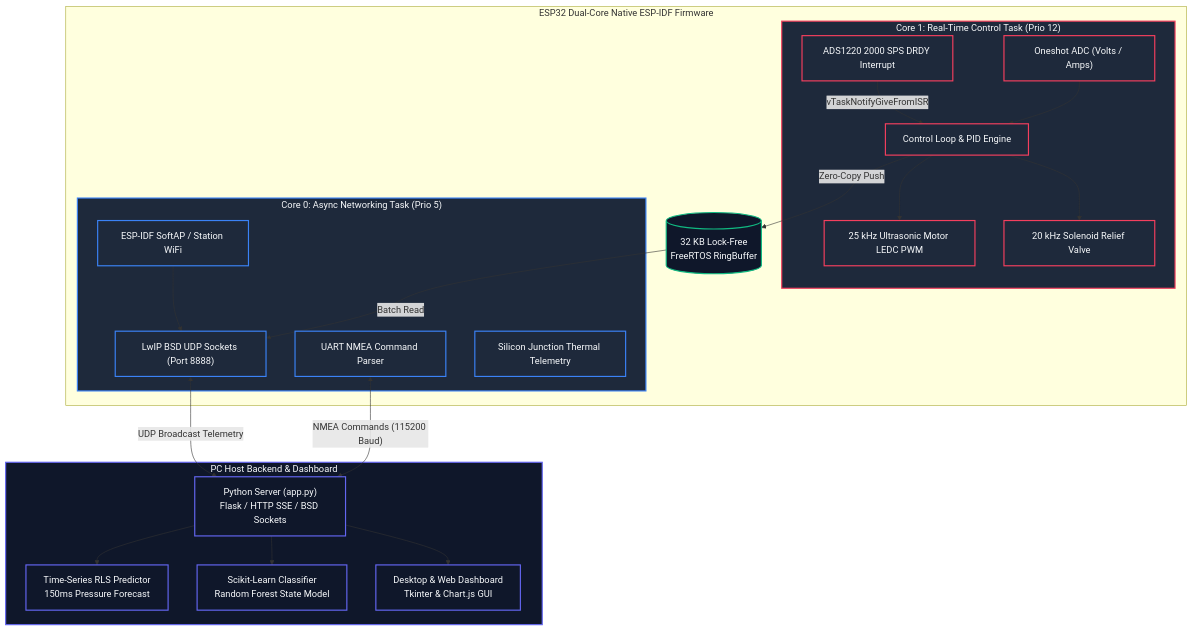
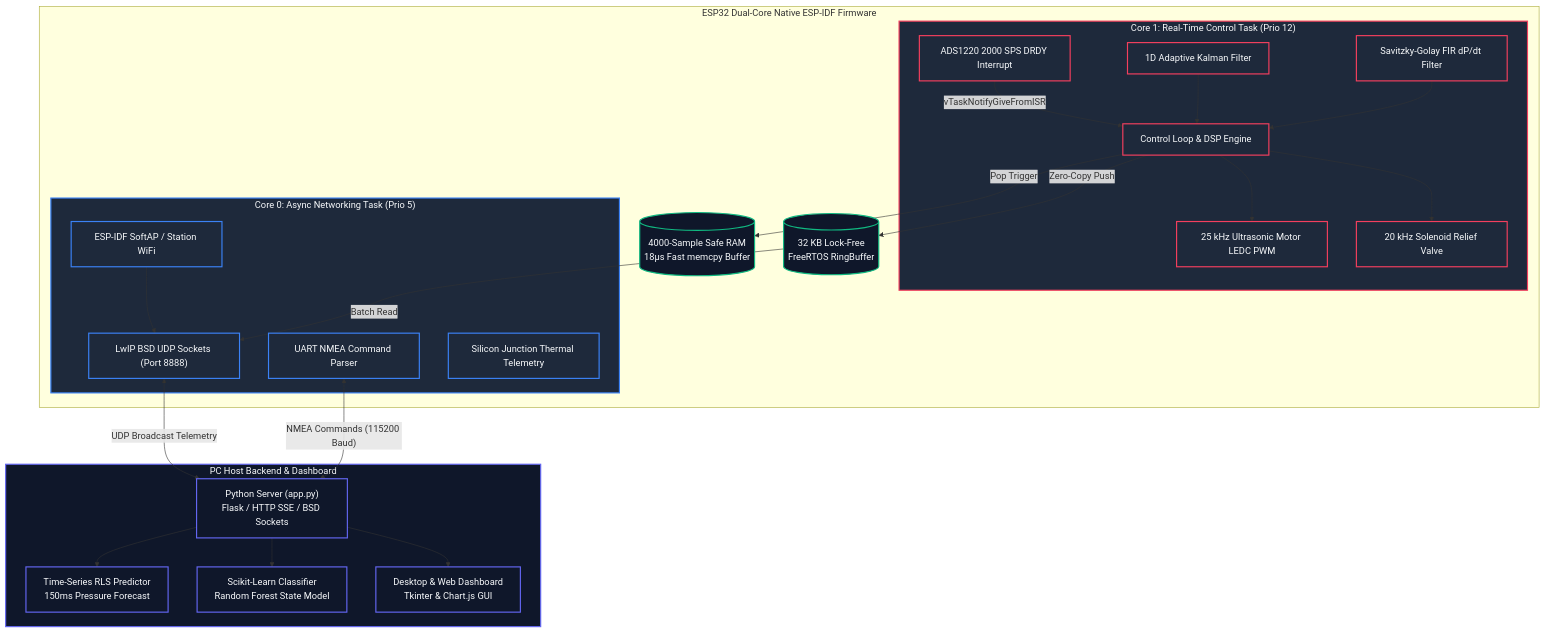
The diagram in README.md (Ming2k8-Coder/BalloonInteliPump), drawn with Mermaid before and after one commit. The commit also changed other lines of this file and 4 other files, not shown here.

````diff
--- a/README.md
+++ b/README.md
@@ -15,48 +15,52 @@
 ```mermaid
 graph TD
     subgraph PC["PC Host Backend & Dashboard"]
         Server["Python Server (app.py)<br/>Flask / HTTP SSE / BSD Sockets"]
         ML["Time-Series RLS Predictor<br/>150ms Pressure Forecast"]
         Classifier["Scikit-Learn Classifier<br/>Random Forest State Model"]
         GUI["Desktop & Web Dashboard<br/>Tkinter & Chart.js GUI"]
         
         Server --> ML
         Server --> Classifier
         Server --> GUI
     end
 
     subgraph ESP32["ESP32 Dual-Core Native ESP-IDF Firmware"]
         subgraph Core1["Core 1: Real-Time Control Task (Prio 12)"]
-            DRDY["ADS1220 2000 SPS DRDY Interrupt"] -->|vTaskNotifyGiveFromISR| Control["Control Loop & PID Engine"]
-            ADC["Oneshot ADC (Volts / Amps)"] --> Control
+            DRDY["ADS1220 2000 SPS DRDY Interrupt"] -->|vTaskNotifyGiveFromISR| Control["Control Loop & DSP Engine"]
+            Kalman["1D Adaptive Kalman Filter"] --> Control
+            SG["Savitzky-Golay FIR dP/dt Filter"] --> Control
             Control --> PWM["25 kHz Ultrasonic Motor LEDC PWM"]
             Control --> Valve["20 kHz Solenoid Relief Valve"]
         end
 
         subgraph Core0["Core 0: Async Networking Task (Prio 5)"]
             WiFi["ESP-IDF SoftAP / Station WiFi"]
             Sockets["LwIP BSD UDP Sockets (Port 8888)"]
             UART["UART NMEA Command Parser"]
             Temp["Silicon Junction Thermal Telemetry"]
             
             WiFi --> Sockets
         end
 
         RingBuf[("32 KB Lock-Free<br/>FreeRTOS RingBuffer")]
         Control -->|Zero-Copy Push| RingBuf
         RingBuf -->|Batch Read| Sockets
+
+        PopRAM[("4000-Sample Safe RAM<br/>18µs Fast memcpy Buffer")]
+        Control -->|Pop Trigger| PopRAM
     end
 
     Sockets <-->|"UDP Broadcast Telemetry"| Server
     UART <-->|"NMEA Commands (115200 Baud)"| Server
 
     classDef core1 fill:#1e293b,stroke:#f43f5e,stroke-width:2px,color:#f8fafc;
     classDef core0 fill:#1e293b,stroke:#3b82f6,stroke-width:2px,color:#f8fafc;
     classDef pc fill:#0f172a,stroke:#6366f1,stroke-width:2px,color:#f8fafc;
     classDef ring fill:#0f172a,stroke:#10b981,stroke-width:2px,color:#f8fafc;
 
-    class Core1,Control,DRDY,ADC,PWM,Valve core1;
+    class Core1,Control,DRDY,Kalman,SG,PWM,Valve core1;
     class Core0,WiFi,Sockets,UART,Temp core0;
     class PC,Server,ML,Classifier,GUI pc;
-    class RingBuf ring;
+    class RingBuf,PopRAM ring;
 ```
````
